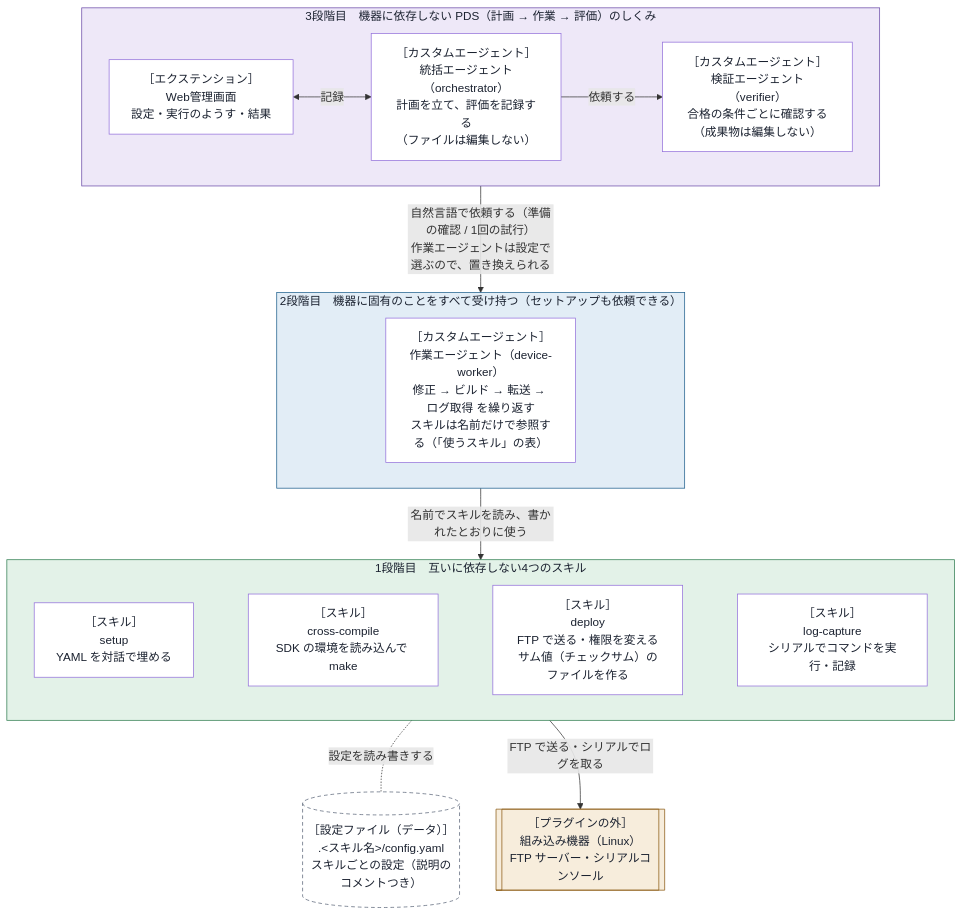
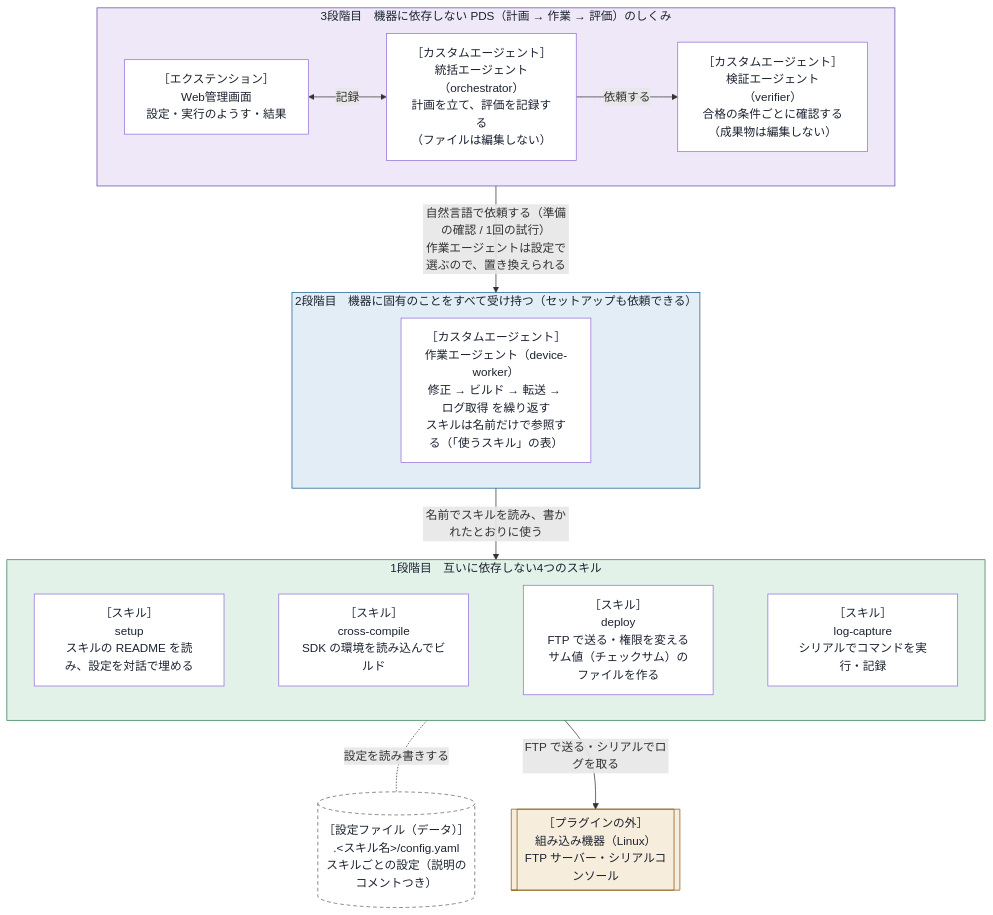
One commit to xclang-brain/plugin-market-place changed the diagram in plugins/embedded-debug-loop/docs/design/design.md. Above: the diagram before and after it, drawn with Mermaid. The commit also changed other lines of this file and 23 other files, not shown here.

First line of the commit message:
embedded-debug-loop：cross-compile・setup・上の段の作り直し（途中）

````diff
--- a/plugins/embedded-debug-loop/docs/design/design.md
+++ b/plugins/embedded-debug-loop/docs/design/design.md
@@ -19,42 +20,42 @@
 ```mermaid
 flowchart TB
     subgraph L3["3段階目　機器に依存しない PDS（計画 → 作業 → 評価）のしくみ"]
         direction LR
         UI["［エクステンション］<br/>Web管理画面<br/>設定・実行のようす・結果"]
         ORC["［カスタムエージェント］<br/>統括エージェント（orchestrator）<br/>計画を立て、評価を記録する<br/>（ファイルは編集しない）"]
         VER["［カスタムエージェント］<br/>検証エージェント（verifier）<br/>合格の条件ごとに確認する<br/>（成果物は編集しない）"]
         UI <-- "記録" --> ORC
         ORC -- "依頼する" --> VER
     end
 
     subgraph L2["2段階目　機器に固有のことをすべて受け持つ（セットアップも依頼できる）"]
         WRK["［カスタムエージェント］<br/>作業エージェント（device-worker）<br/>修正 → ビルド → 転送 → ログ取得 を繰り返す<br/>スキルは名前だけで参照する（「使うスキル」の表）"]
     end
 
     subgraph L1["1段階目　互いに依存しない4つのスキル"]
         direction LR
-        SETUP["［スキル］<br/>setup<br/>YAML を対話で埋める"]
-        CC["［スキル］<br/>cross-compile<br/>SDK の環境を読み込んで make"]
+        SETUP["［スキル］<br/>setup<br/>スキルの README を読み、設定を対話で埋める"]
+        CC["［スキル］<br/>cross-compile<br/>SDK の環境を読み込んでビルド"]
         DEP["［スキル］<br/>deploy<br/>FTP で送る・権限を変える<br/>サム値（チェックサム）のファイルを作る"]
         LOG["［スキル］<br/>log-capture<br/>シリアルでコマンドを実行・記録"]
         SETUP ~~~ CC ~~~ DEP ~~~ LOG
     end
 
     CFG[("［設定ファイル（データ）］<br/>.#lt;スキル名#gt;/config.yaml<br/>スキルごとの設定（説明のコメントつき）")]
     DEV[["［プラグインの外］<br/>組み込み機器（Linux）<br/>FTP サーバー・シリアルコンソール"]]
 
     L3 -- "自然言語で依頼する（準備の確認 / 1回の試行）<br/>作業エージェントは設定で選ぶので、置き換えられる" --> L2
     L2 -- "名前でスキルを読み、書かれたとおりに使う" --> L1
     L1 -. "設定を読み書きする" .- CFG
     L1 -- "FTP で送る・シリアルでログを取る" --> DEV
 
     style L3 fill:#eee8f8,stroke:#6a4aa8,color:#1b2230
     style L2 fill:#e2edf6,stroke:#1d5e8c,color:#1b2230
     style L1 fill:#e3f2e8,stroke:#2f7d4f,color:#1b2230
     classDef node fill:#ffffff,color:#1b2230
     classDef dev fill:#f7eddc,stroke:#8a5a12,color:#1b2230
     classDef cfg fill:#ffffff,stroke:#586275,color:#1b2230,stroke-dasharray:5 4
     class UI,ORC,VER,WRK,SETUP,CC,DEP,LOG node
     class DEV dev
     class CFG cfg
 ```
````
